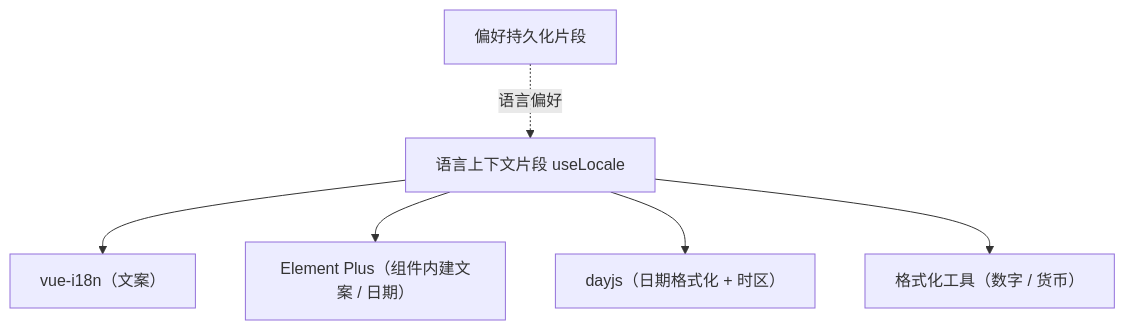
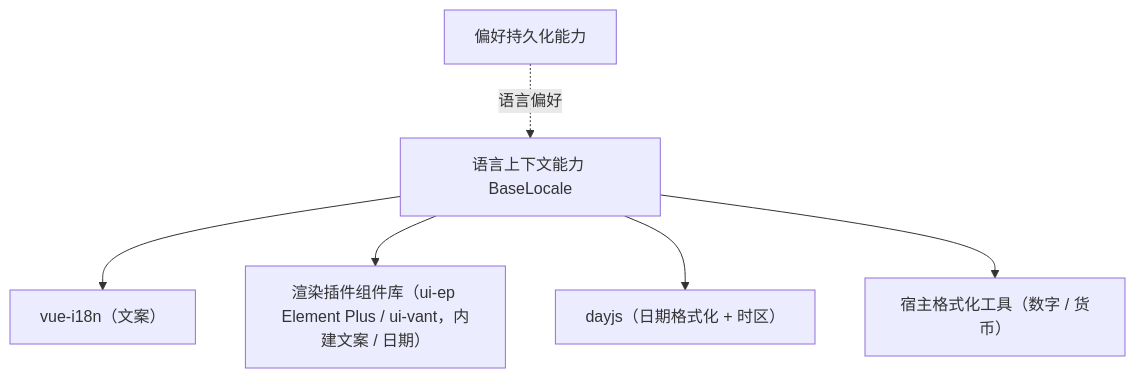
The diagram in bms文档/设计/组件设计/02_基础组件类/02_能力片段/26_组件设计_语言上下文片段/26_组件设计_语言上下文片段.md (minjian123/basic-management-system), drawn with Mermaid before and after one commit. The commit also changed other lines of this file and 49 other files, not shown here.

````diff
--- a/bms文档/设计/组件设计/02_基础组件类/02_能力片段/26_组件设计_语言上下文片段/26_组件设计_语言上下文片段.md
+++ b/bms文档/设计/组件设计/02_基础组件类/02_能力片段/26_组件设计_语言上下文片段/26_组件设计_语言上下文片段.md
@@ -15,8 +15,8 @@
 ```mermaid
 flowchart TD
-    LC["语言上下文片段 useLocale"] --> I["vue-i18n（文案）"]
-    LC --> EP["Element Plus（组件内建文案 / 日期）"]
+    LC["语言上下文能力 BaseLocale"] --> I["vue-i18n（文案）"]
+    LC --> EP["渲染插件组件库（ui-ep Element Plus / ui-vant，内建文案 / 日期）"]
     LC --> DJ["dayjs（日期格式化 + 时区）"]
-    LC --> F["格式化工具（数字 / 货币）"]
-    P["偏好持久化片段"] -. 语言偏好 .-> LC
+    LC --> F["宿主格式化工具（数字 / 货币）"]
+    P["偏好持久化能力"] -. 语言偏好 .-> LC
 ```
````
